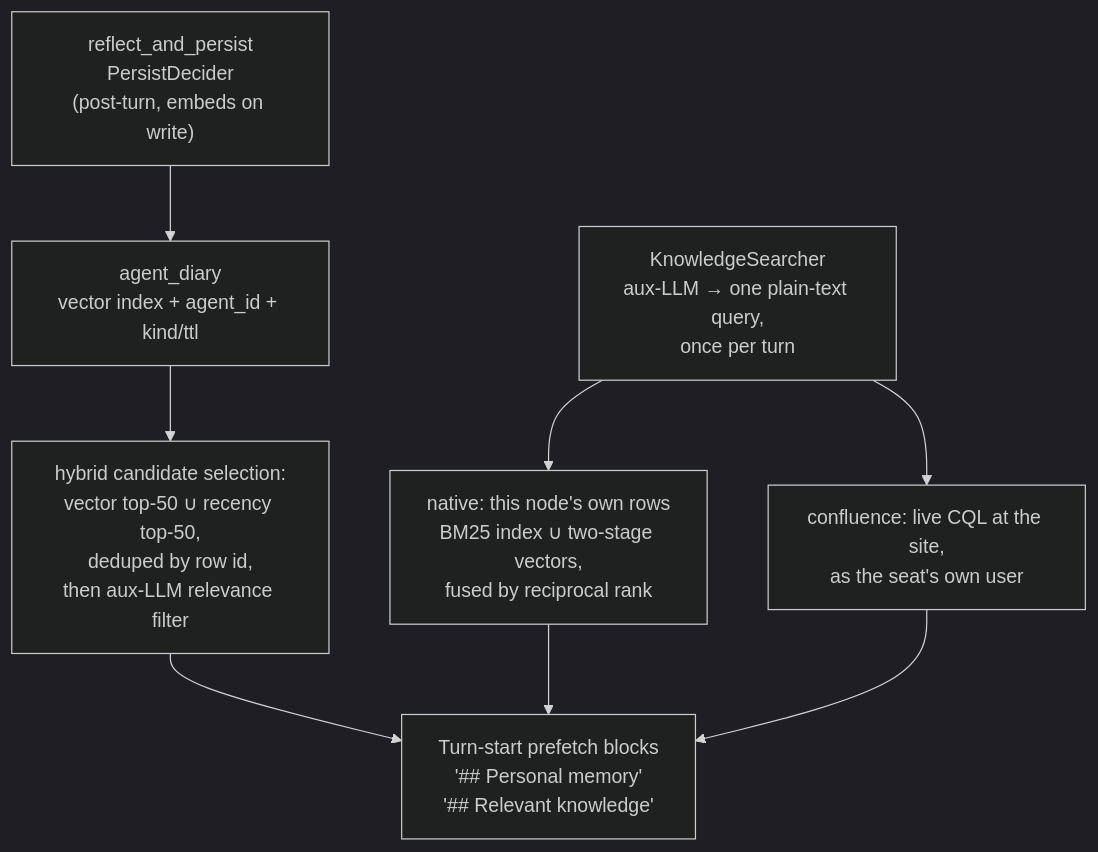
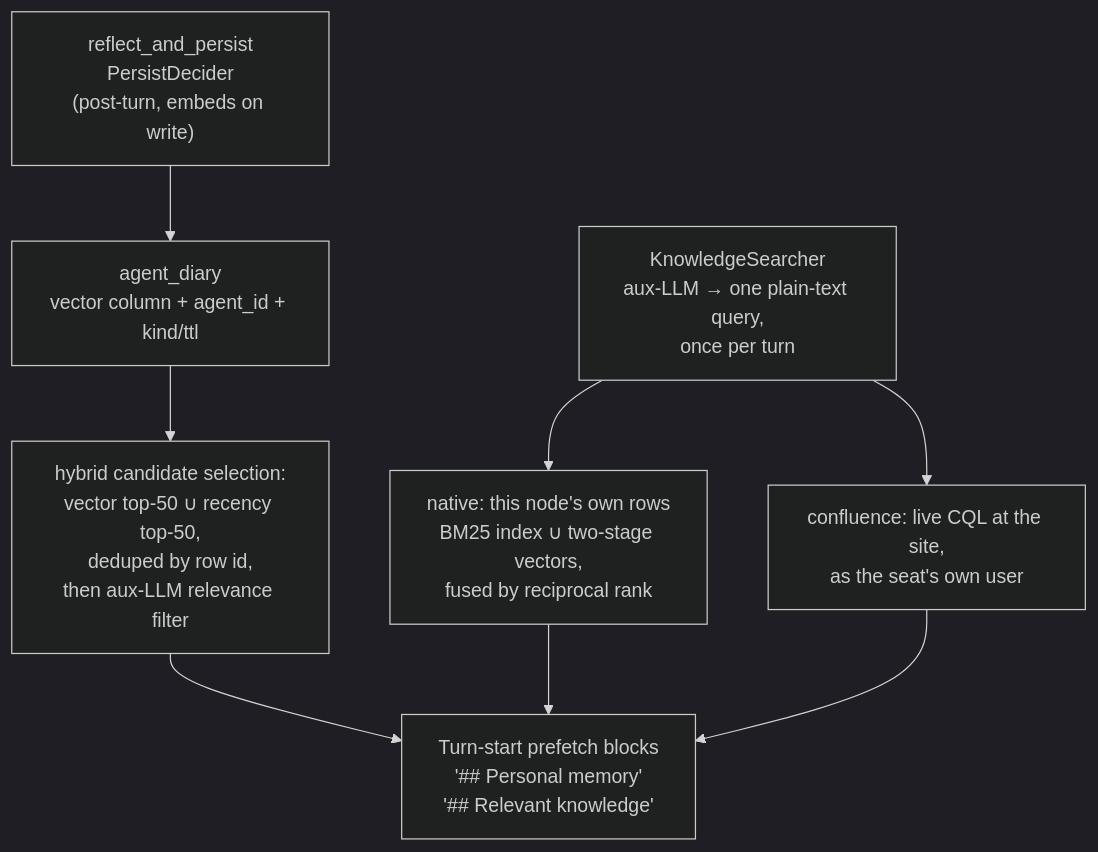
One commit to crewlet/crewlet changed the second of 3 diagrams in docs/concepts/knowledge-system.md. Above: the diagram before and after it, drawn with Mermaid (dark theme). The commit also changed other lines of this file and 18 other files, not shown here.

````diff
--- a/docs/concepts/knowledge-system.md
+++ b/docs/concepts/knowledge-system.md
@@ -510,13 +510,13 @@
 ```mermaid
 flowchart TD
     RP["reflect_and_persist<br/>PersistDecider<br/>(post-turn, embeds on write)"]
-    DIARY["agent_diary<br/>vector index + agent_id + kind/ttl"]
+    DIARY["agent_diary<br/>vector column + agent_id + kind/ttl"]
     SEL["hybrid candidate selection:<br/>vector top-50 ∪ recency top-50,<br/>deduped by row id,<br/>then aux-LLM relevance filter"]
     PROMPT["Turn-start prefetch blocks<br/>'## Personal memory'<br/>'## Relevant knowledge'"]
     KS["KnowledgeSearcher<br/>aux-LLM → one plain-text query,<br/>once per turn"]
     NATIVE["native: this node's own rows<br/>BM25 index ∪ two-stage vectors,<br/>fused by reciprocal rank"]
     CQL["confluence: live CQL at the site,<br/>as the seat's own user"]
     RP --> DIARY --> SEL --> PROMPT
     KS --> NATIVE --> PROMPT
     KS --> CQL --> PROMPT
 ```
````
